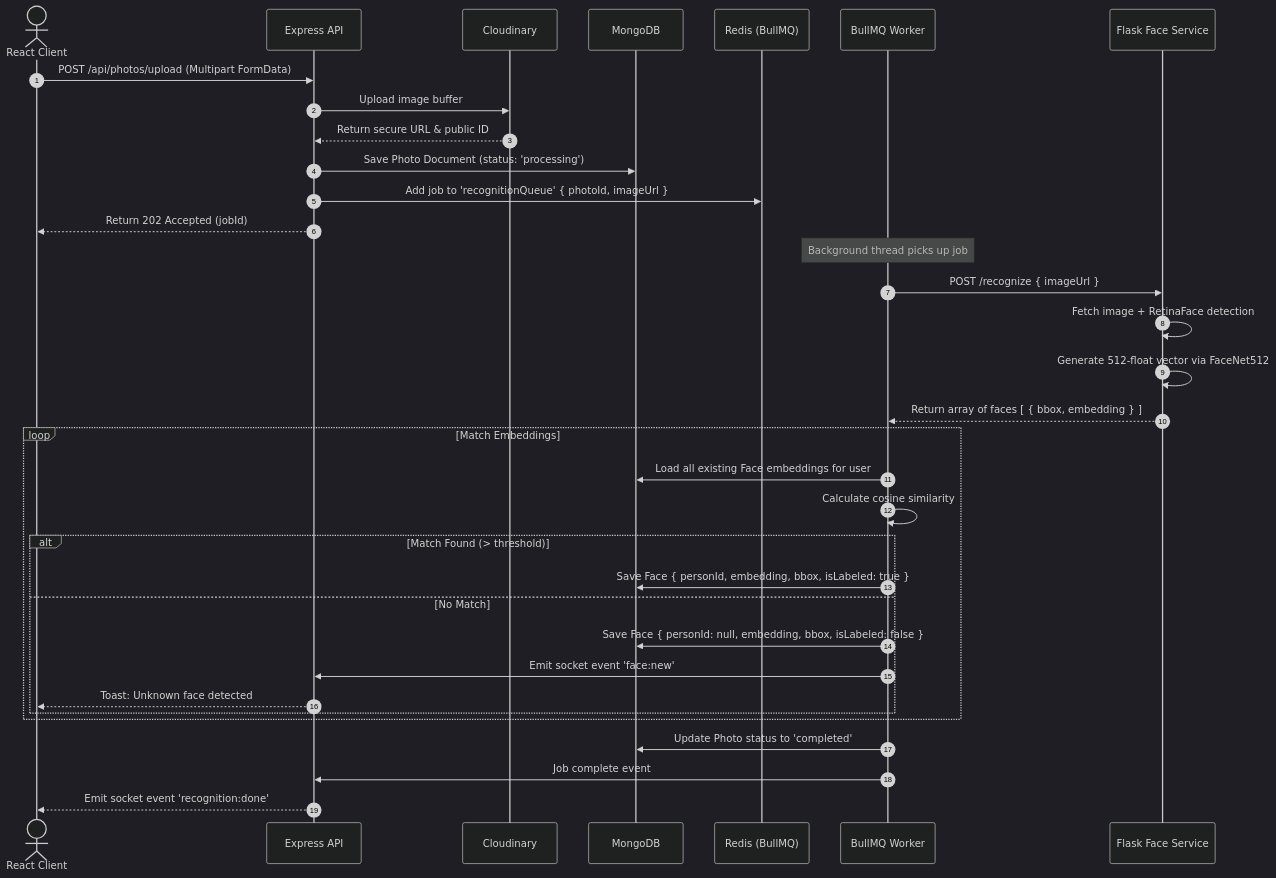
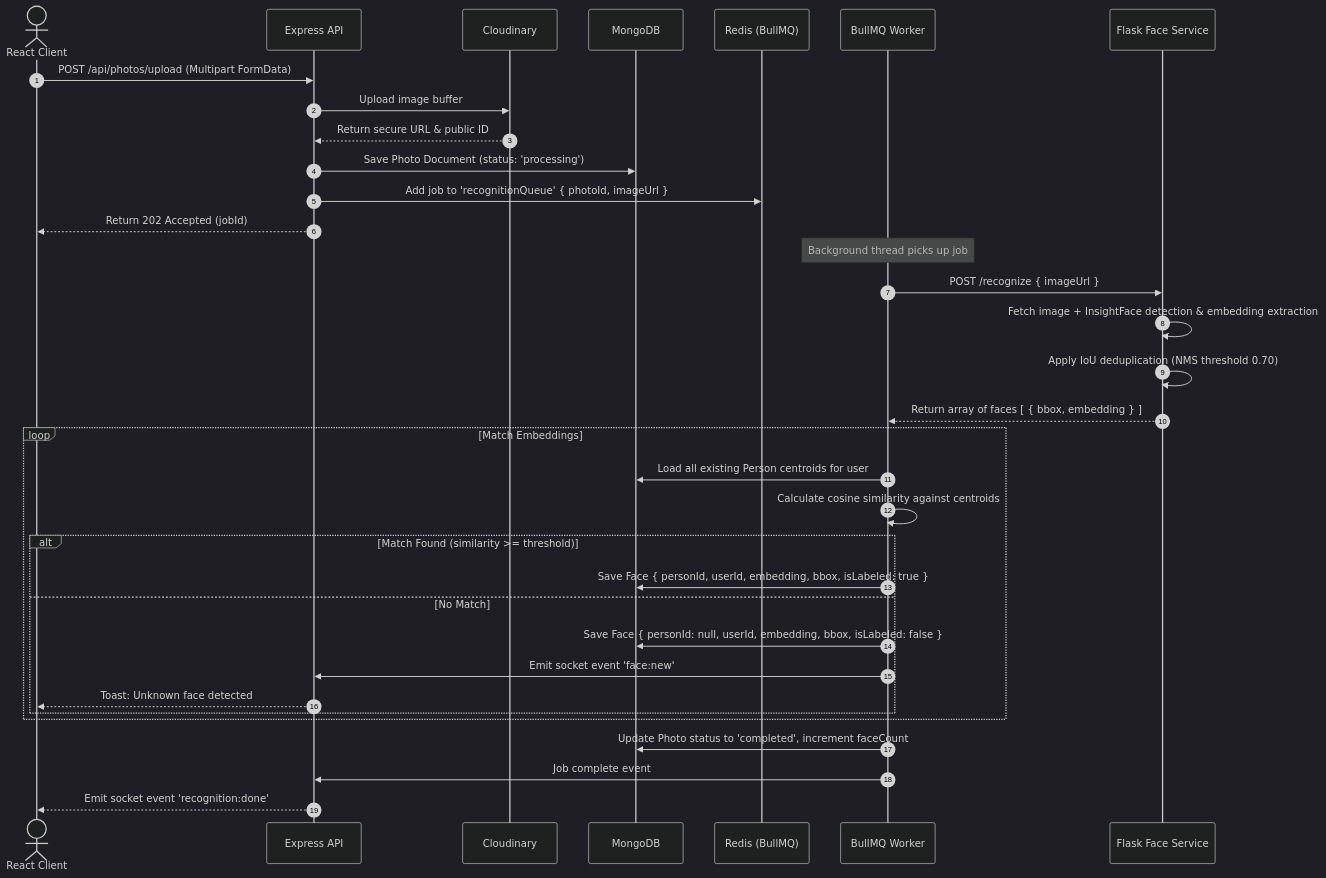
The second of 3 diagrams in docs/architecture.md (K-NagaCharan/APES), drawn with Mermaid (dark theme) before and after one commit. The commit also changed other lines of this file and 6 other files, not shown here.

Commit message:
docs: initialize face recognition service documentation and define agent loop architecture and tool schemas

````diff
--- a/docs/architecture.md
+++ b/docs/architecture.md
@@ -37,39 +37,39 @@
 ```mermaid
 sequenceDiagram
     autonumber
     actor User as React Client
     participant API as Express API
     participant Cloud as Cloudinary
     participant DB as MongoDB
     participant Queue as Redis (BullMQ)
     participant Worker as BullMQ Worker
     participant Python as Flask Face Service
 
     User->>API: POST /api/photos/upload (Multipart FormData)
     API->>Cloud: Upload image buffer
     Cloud-->>API: Return secure URL & public ID
     API->>DB: Save Photo Document (status: 'processing')
     API->>Queue: Add job to 'recognitionQueue' { photoId, imageUrl }
     API-->>User: Return 202 Accepted (jobId)
     
     Note over Worker: Background thread picks up job
     Worker->>Python: POST /recognize { imageUrl }
-    Python->>Python: Fetch image + RetinaFace detection
-    Python->>Python: Generate 512-float vector via FaceNet512
+    Python->>Python: Fetch image + InsightFace detection & embedding extraction
+    Python->>Python: Apply IoU deduplication (NMS threshold 0.70)
     Python-->>Worker: Return array of faces [ { bbox, embedding } ]
     
     loop Match Embeddings
-        Worker->>DB: Load all existing Face embeddings for user
-        Worker->>Worker: Calculate cosine similarity
-        alt Match Found (> threshold)
-            Worker->>DB: Save Face { personId, embedding, bbox, isLabeled: true }
+        Worker->>DB: Load all existing Person centroids for user
+        Worker->>Worker: Calculate cosine similarity against centroids
+        alt Match Found (similarity >= threshold)
+            Worker->>DB: Save Face { personId, userId, embedding, bbox, isLabeled: true }
         else No Match
-            Worker->>DB: Save Face { personId: null, embedding, bbox, isLabeled: false }
+            Worker->>DB: Save Face { personId: null, userId, embedding, bbox, isLabeled: false }
             Worker->>API: Emit socket event 'face:new'
             API-->>User: Toast: Unknown face detected
         end
     end
-    Worker->>DB: Update Photo status to 'completed'
+    Worker->>DB: Update Photo status to 'completed', increment faceCount
     Worker->>API: Job complete event
     API-->>User: Emit socket event 'recognition:done'
 ```
````
